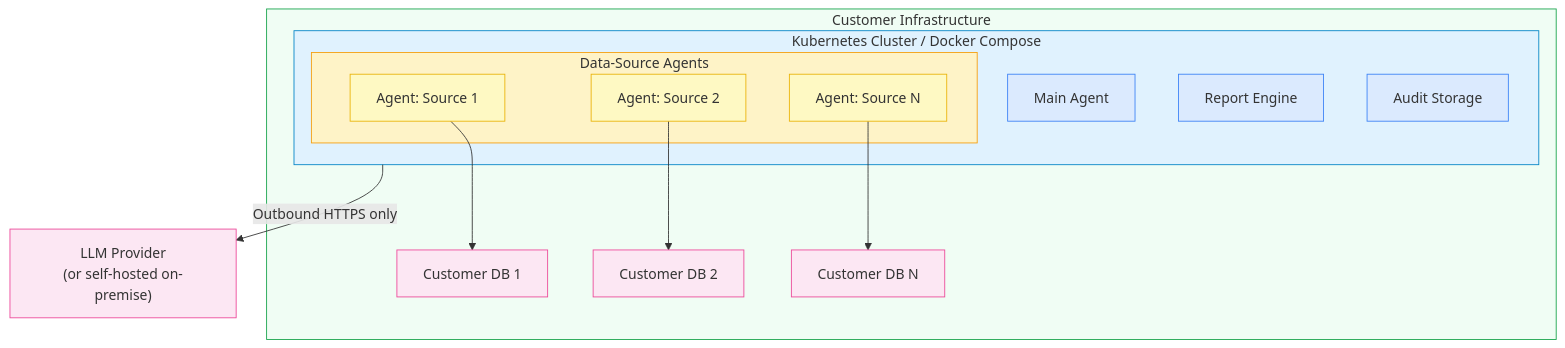
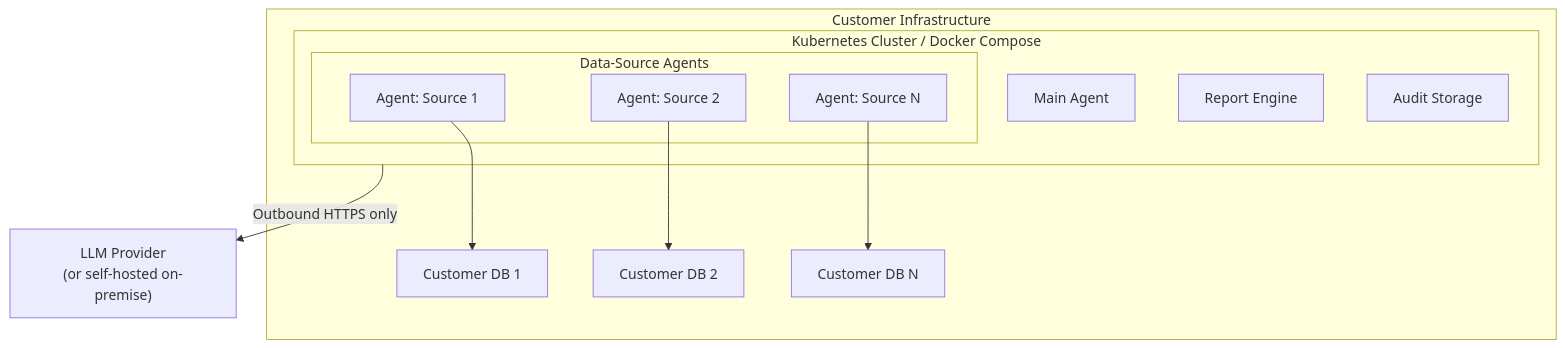
Before and after one commit to ashishsuperatom/tech-docs: the diagram in implementation/infrastructure.mdx, drawn with Mermaid. The commit also changed 37 other files, not shown here.

First line of the commit message:
Clean up docs: remove em-dashes, fix mermaid diagrams, remove emojis

````diff
--- a/implementation/infrastructure.mdx
+++ b/implementation/infrastructure.mdx
@@ -59,40 +59,27 @@
 ```mermaid
 flowchart TD
     subgraph INFRA["Customer Infrastructure"]
         subgraph CLUSTER["Kubernetes Cluster / Docker Compose"]
             MA["Main Agent"]
             RE["Report Engine"]
             AS["Audit Storage"]
 
             subgraph AGENTS["Data-Source Agents"]
                 A1["Agent: Source 1"]
                 A2["Agent: Source 2"]
                 AN["Agent: Source N"]
             end
         end
 
         DB1["Customer DB 1"]
         DB2["Customer DB 2"]
         DBN["Customer DB N"]
 
         A1 --> DB1
         A2 --> DB2
         AN --> DBN
     end
 
     CLUSTER -->|"Outbound HTTPS only"| LLM["LLM Provider\n(or self-hosted on-premise)"]
 
-    style INFRA fill:#f0fdf4,stroke:#16a34a
-    style CLUSTER fill:#e0f2fe,stroke:#0284c7
-    style AGENTS fill:#fef3c7,stroke:#f59e0b
-    style LLM fill:#fce7f3,stroke:#ec4899
-    style MA fill:#dbeafe,stroke:#3b82f6
-    style RE fill:#dbeafe,stroke:#3b82f6
-    style AS fill:#dbeafe,stroke:#3b82f6
-    style A1 fill:#fef9c3,stroke:#eab308
-    style A2 fill:#fef9c3,stroke:#eab308
-    style AN fill:#fef9c3,stroke:#eab308
-    style DB1 fill:#fce7f3,stroke:#ec4899
-    style DB2 fill:#fce7f3,stroke:#ec4899
-    style DBN fill:#fce7f3,stroke:#ec4899
 ```
````
